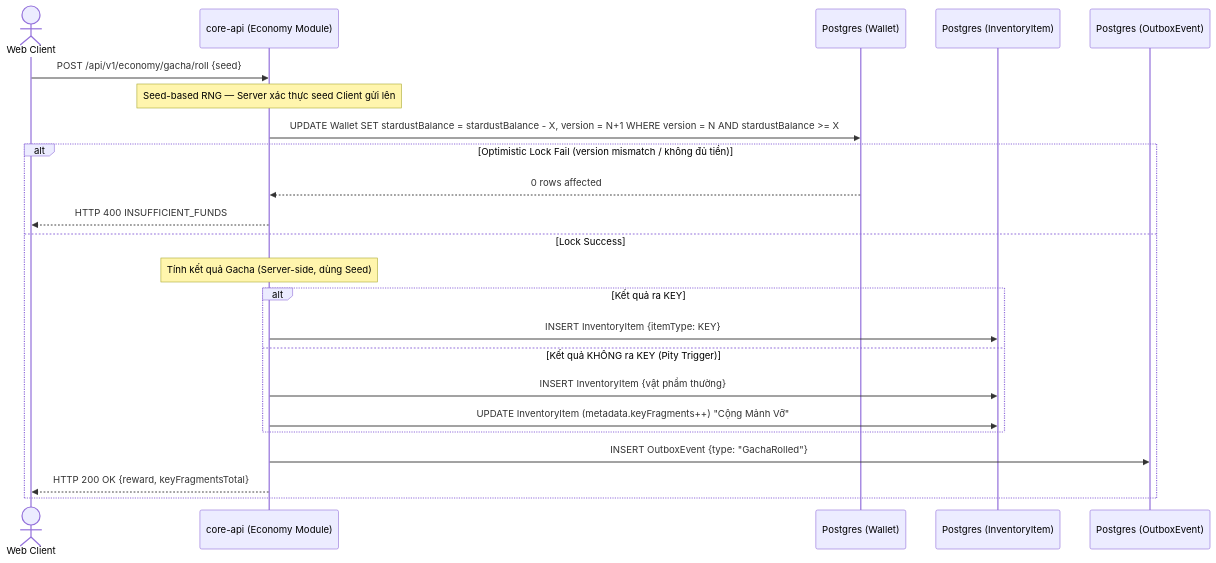
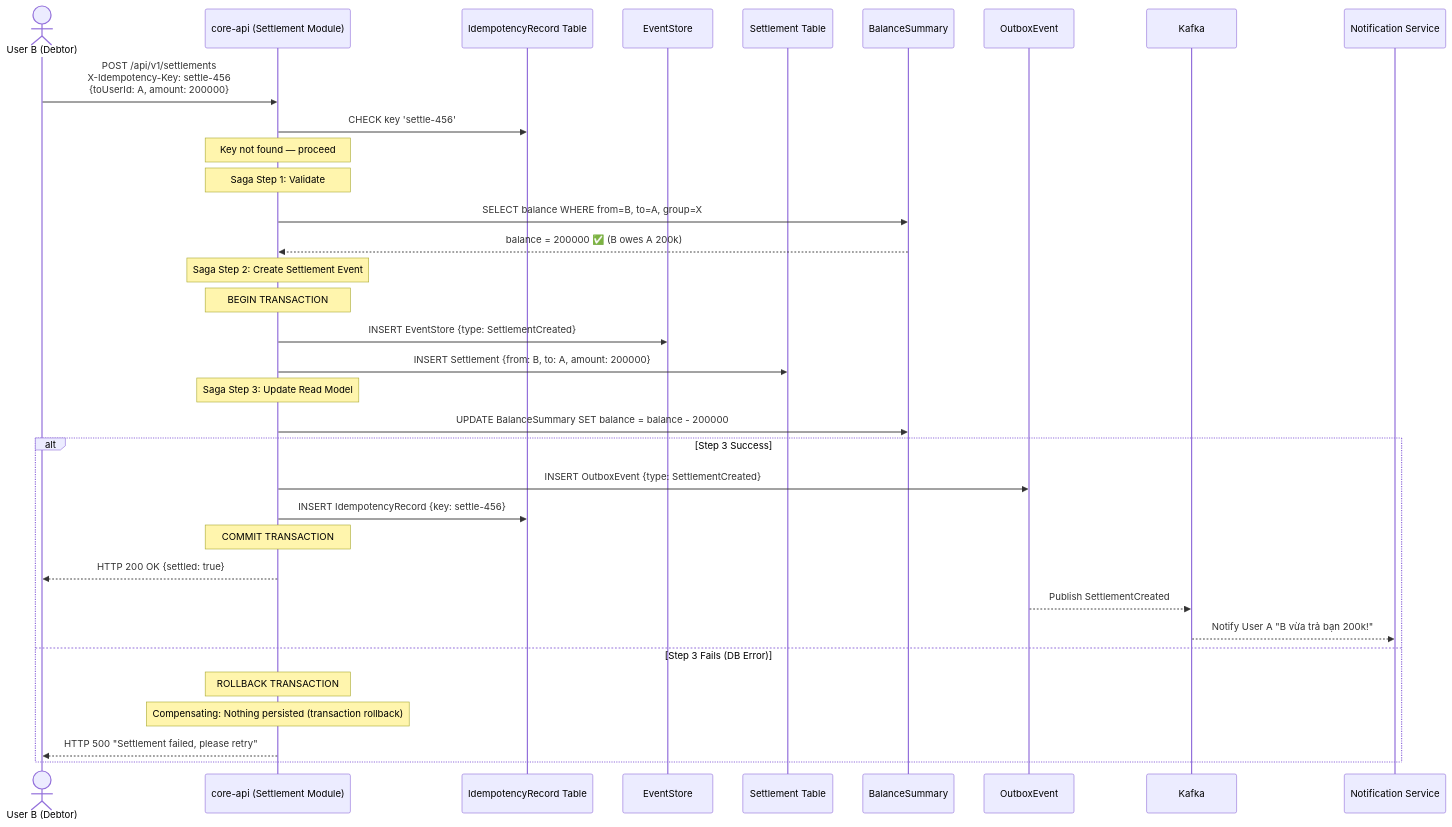
Before and after one commit to minhle106cse/distributed-social-platform: the third of 7 diagrams in docs/03_system_architecture_diagrams.md, drawn with Mermaid. The commit also changed other lines of this file and 35 other files, not shown here.

````diff
--- a/docs/03_system_architecture_diagrams.md
+++ b/docs/03_system_architecture_diagrams.md
@@ -148,30 +203,43 @@
 ```mermaid
 sequenceDiagram
-    actor User as Web Client
-    participant API as core-api (Economy Module)
-    participant WalletDB as Postgres (Wallet)
-    participant InvDB as Postgres (InventoryItem)
-    participant Outbox as Postgres (OutboxEvent)
+    actor UserB as User B (Debtor)
+    participant API as core-api (Settlement Module)
+    participant Idem as IdempotencyRecord Table
+    participant ES as EventStore
+    participant DB as Settlement Table
+    participant RM as BalanceSummary
+    participant Outbox as OutboxEvent
+    participant Kafka as Kafka
+    participant Notif as Notification Service
 
-    User->>API: POST /api/v1/economy/gacha/roll {seed}
+    UserB->>API: POST /api/v1/settlements<br/>X-Idempotency-Key: settle-456<br/>{toUserId: A, amount: 200000}
 
-    Note over API: Seed-based RNG — Server xác thực seed Client gửi lên
-    API->>WalletDB: UPDATE Wallet SET stardustBalance = stardustBalance - X, version = N+1 WHERE version = N AND stardustBalance >= X
+    API->>Idem: CHECK key 'settle-456'
+    Note over API: Key not found — proceed
 
-    alt Optimistic Lock Fail (version mismatch / không đủ tiền)
-        WalletDB-->>API: 0 rows affected
-        API-->>User: HTTP 400 INSUFFICIENT_FUNDS
-    else Lock Success
-        Note over API: Tính kết quả Gacha (Server-side, dùng Seed)
+    Note over API: Saga Step 1: Validate
+    API->>RM: SELECT balance WHERE from=B, to=A, group=X
+    RM-->>API: balance = 200000 ✅ (B owes A 200k)
 
-        alt Kết quả ra KEY
-            API->>InvDB: INSERT InventoryItem {itemType: KEY}
-        else Kết quả KHÔNG ra KEY (Pity Trigger)
-            API->>InvDB: INSERT InventoryItem {vật phẩm thường}
-            API->>InvDB: UPDATE InventoryItem (metadata.keyFragments++) "Cộng Mảnh Vỡ"
-        end
+    Note over API: Saga Step 2: Create Settlement Event
+    Note over API: BEGIN TRANSACTION
+    API->>ES: INSERT EventStore {type: SettlementCreated}
+    API->>DB: INSERT Settlement {from: B, to: A, amount: 200000}
 
-        API->>Outbox: INSERT OutboxEvent {type: "GachaRolled"}
-        API-->>User: HTTP 200 OK {reward, keyFragmentsTotal}
+    Note over API: Saga Step 3: Update Read Model
+    API->>RM: UPDATE BalanceSummary SET balance = balance - 200000
+
+    alt Step 3 Success
+        API->>Outbox: INSERT OutboxEvent {type: SettlementCreated}
+        API->>Idem: INSERT IdempotencyRecord {key: settle-456}
+        Note over API: COMMIT TRANSACTION
+        API-->>UserB: HTTP 200 OK {settled: true}
+
+        Outbox-->>Kafka: Publish SettlementCreated
+        Kafka-->>Notif: Notify User A "B vừa trả bạn 200k!"
+    else Step 3 Fails (DB Error)
+        Note over API: ROLLBACK TRANSACTION
+        Note over API: Compensating: Nothing persisted (transaction rollback)
+        API-->>UserB: HTTP 500 "Settlement failed, please retry"
     end
 ```
````
